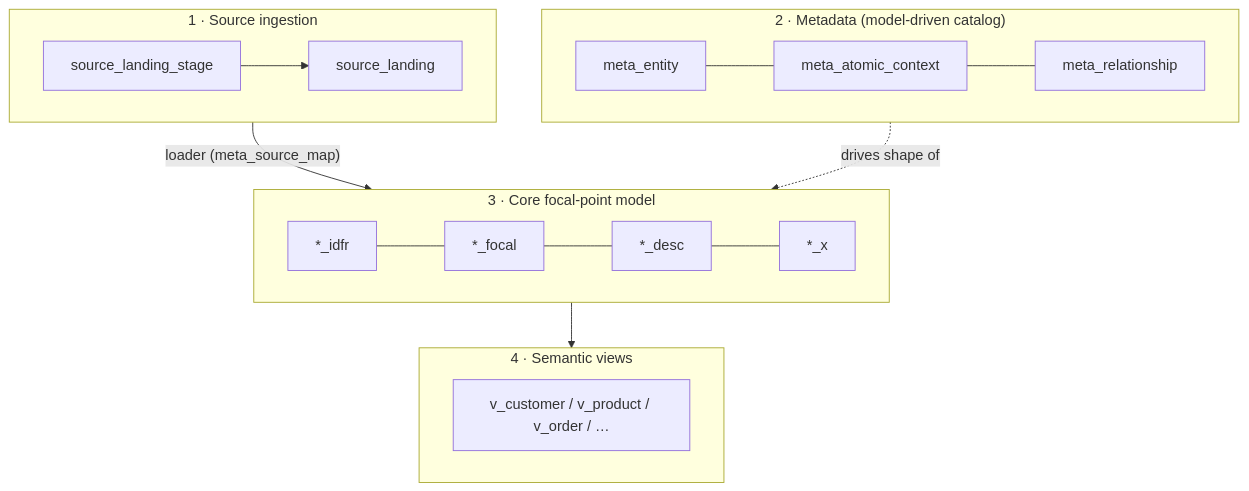
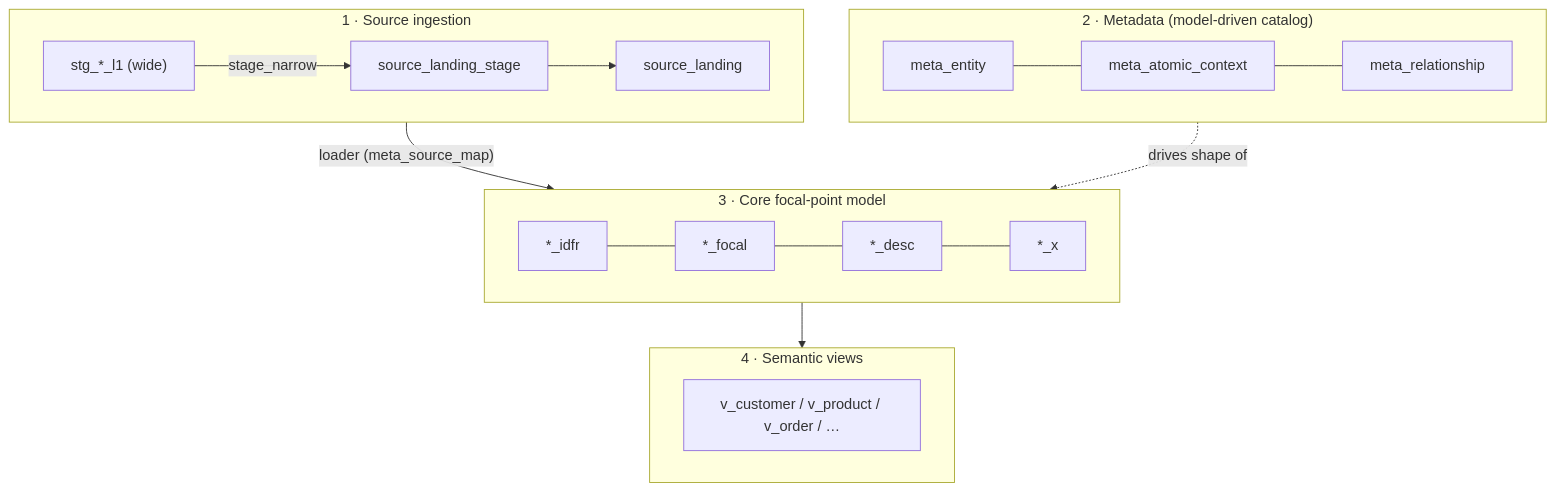
The first of 7 diagrams in v3_focal-point/docs/er-diagrams.md (brianmcmillan/minimum-viable-warehouse), drawn with Mermaid before and after one commit. The commit also changed other lines of this file and 27 other files, not shown here.

````diff
--- a/v3_focal-point/docs/er-diagrams.md
+++ b/v3_focal-point/docs/er-diagrams.md
@@ -16,23 +16,23 @@
 ```mermaid
 flowchart TB
     subgraph SRC["1 · Source ingestion"]
         direction LR
-        stage["source_landing_stage"] --> land["source_landing"]
+        wide["stg_*_l1 (wide)"] -->|stage_narrow| stage["source_landing_stage"] --> land["source_landing"]
     end
     subgraph META["2 · Metadata (model-driven catalog)"]
         direction LR
         ent["meta_entity"] --- ctx["meta_atomic_context"] --- rel["meta_relationship"]
     end
     subgraph CORE["3 · Core focal-point model"]
         direction LR
         idfr["*_idfr"] --- focal["*_focal"] --- desc["*_desc"] --- x["*_x"]
     end
     subgraph SEM["4 · Semantic views"]
         direction LR
         vw["v_customer / v_product / v_order / …"]
     end
 
     SRC -->|"loader (meta_source_map)"| CORE
     META -.->|"drives shape of"| CORE
     CORE --> SEM
 ```
````
